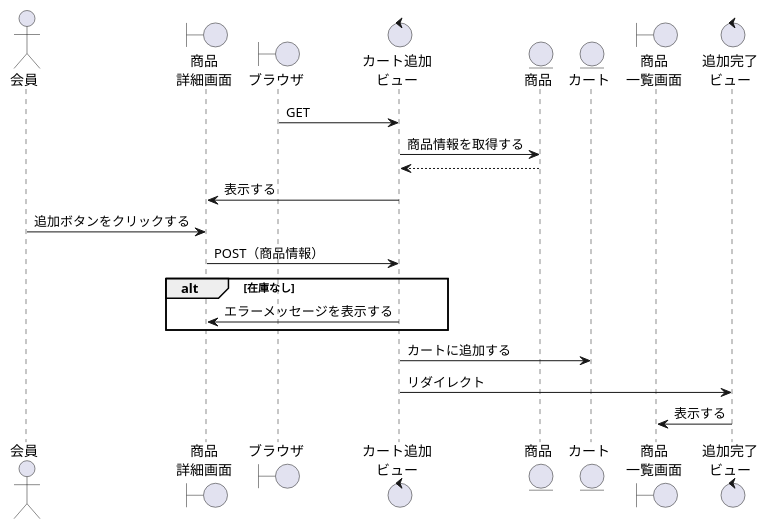
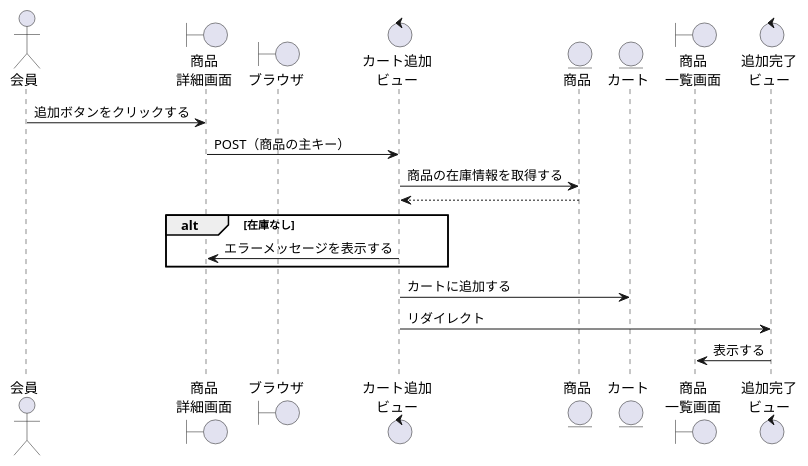
Before and after one commit to ysyk-wtnb16/team_D: the diagram in BBショップ/カート追加.wsd, drawn with PlantUML. The commit also changed 1 other file, not shown here.

```diff
--- a/BBショップ/カート追加.wsd
+++ b/BBショップ/カート追加.wsd
@@ -1,26 +1,24 @@
 @startuml syouhin_tuika
 
 actor "会員" as act
 boundary "商品\n詳細画面" as shb
 boundary "ブラウザ" as brz
 control "カート追加\nビュー" as cac
 entity "商品" as product
 entity "カート" as cart
 boundary "商品\n一覧画面" as sib
 control "追加完了\nビュー" as shkc
 
-cac <- brz: GET
-cac -> product: 商品情報を取得する
-cac <-- product
-shb <- cac: 表示する
 act -> shb: 追加ボタンをクリックする
 
-shb -> cac: POST（商品情報）
+shb -> cac: POST（商品の主キー）
+cac -> product: 商品の在庫情報を取得する
+cac <-- product
 alt 在庫なし
     shb <- cac: エラーメッセージを表示する
 end
 cac -> cart: カートに追加する
 cac -> shkc: リダイレクト
 sib <- shkc: 表示する        
 
 @enduml
```
